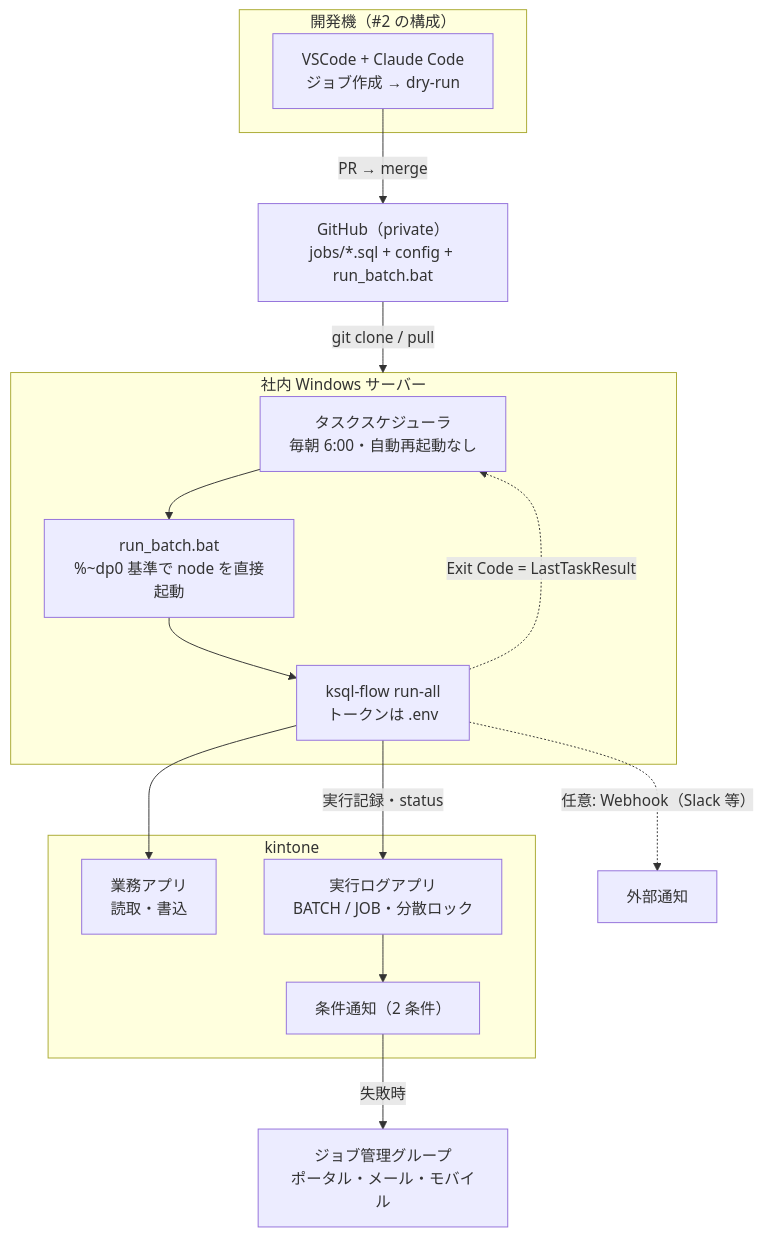
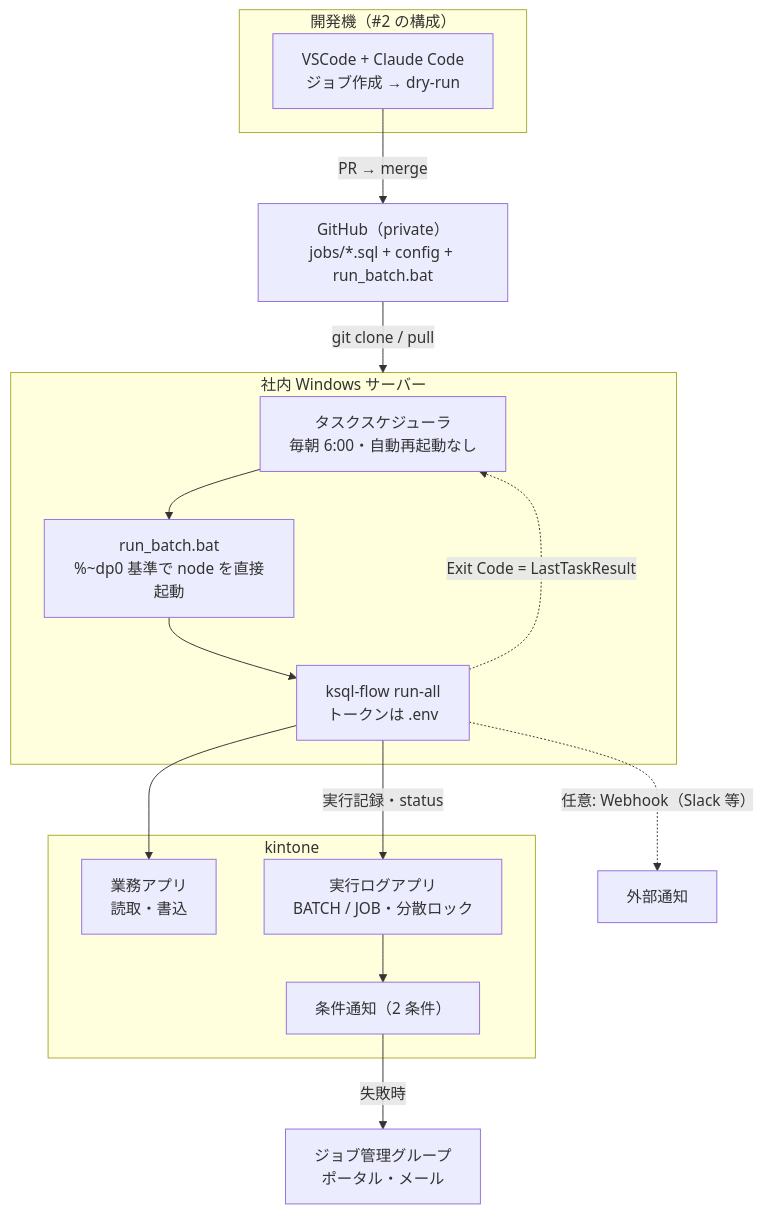
Before and after one commit to rex0220/ksql-flow: the diagram in docs/internal/qiita_draft_04_scheduler.md, drawn with Mermaid.

Commit message:
docs: 構成図の通知先ラベルを短縮(ポータル・メール) — ノード幅の抑制

````diff
--- a/docs/internal/qiita_draft_04_scheduler.md
+++ b/docs/internal/qiita_draft_04_scheduler.md
@@ -49,28 +49,28 @@
 ```mermaid
 flowchart TB
     subgraph dev["開発機（#2 の構成）"]
         AI["VSCode + Claude Code<br>ジョブ作成 → dry-run"]
     end
     REPO["GitHub（private）<br>jobs/*.sql + config + run_batch.bat"]
     subgraph srv["社内 Windows サーバー"]
         TS["タスクスケジューラ<br>毎朝 6:00・自動再起動なし"]
         BAT["run_batch.bat<br>%~dp0 基準で node を直接起動"]
         RUN["ksql-flow run-all<br>トークンは .env"]
         TS --> BAT --> RUN
         RUN -.->|"Exit Code = LastTaskResult"| TS
     end
     subgraph kin["kintone"]
         APPS["業務アプリ<br>読取・書込"]
         LOG["実行ログアプリ<br>BATCH / JOB・分散ロック"]
         NTF["条件通知（2 条件）"]
         LOG --> NTF
     end
-    GRP["ジョブ管理グループ<br>ポータル・メール・モバイル"]
+    GRP["ジョブ管理グループ<br>ポータル・メール"]
 
     AI -->|"PR → merge"| REPO
     REPO -->|"git clone / pull"| srv
     RUN --> APPS
     RUN -->|"実行記録・status"| LOG
     NTF -->|"失敗時"| GRP
     RUN -.->|"任意: Webhook（Slack 等）"| HOOK["外部通知"]
 ```
````
